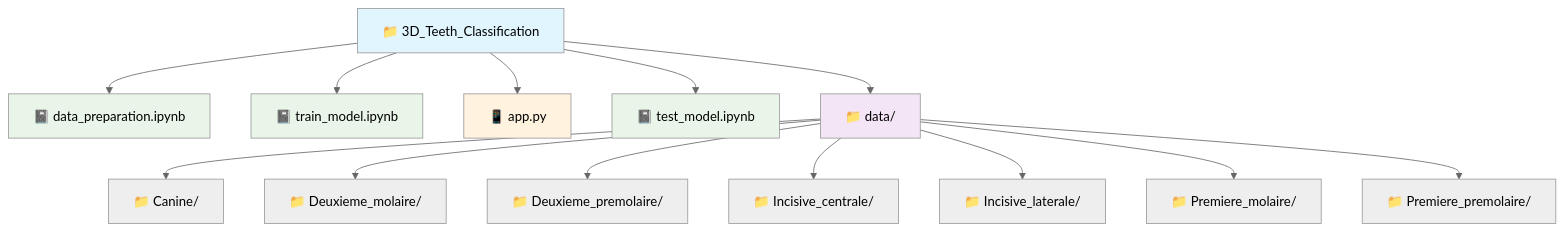
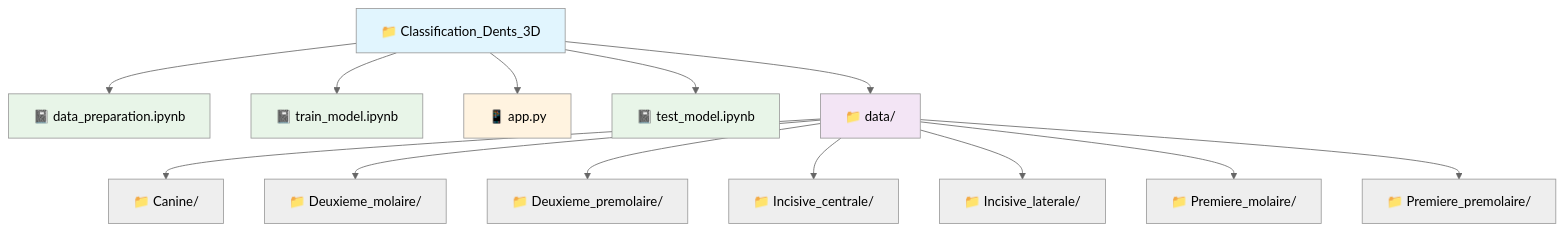
One commit to Abdelilah04116/Classification_dents_3D changed the diagram in README.md. Above: the diagram before and after it, drawn with Mermaid (neutral theme).

````diff
--- a/README.md
+++ b/README.md
@@ -74,23 +74,23 @@
 ```mermaid
 graph TD
-    A["📁 3D_Teeth_Classification"] --> B["📓 data_preparation.ipynb"]
+    A["📁 Classification_Dents_3D"] --> B["📓 data_preparation.ipynb"]
     A --> C["📓 train_model.ipynb"]
     A --> D["📱 app.py"]
     A --> E["📓 test_model.ipynb"]
     A --> F["📁 data/"]
     
     F --> G["📁 Canine/"]
     F --> H["📁 Deuxieme_molaire/"]
     F --> I["📁 Deuxieme_premolaire/"]
     F --> J["📁 Incisive_centrale/"]
     F --> K["📁 Incisive_laterale/"]
     F --> L["📁 Premiere_molaire/"]
     F --> M["📁 Premiere_premolaire/"]
     
     style A fill:#e1f5fe
     style F fill:#f3e5f5
     style B fill:#e8f5e8
     style C fill:#e8f5e8
     style D fill:#fff3e0
     style E fill:#e8f5e8
 ```
````
